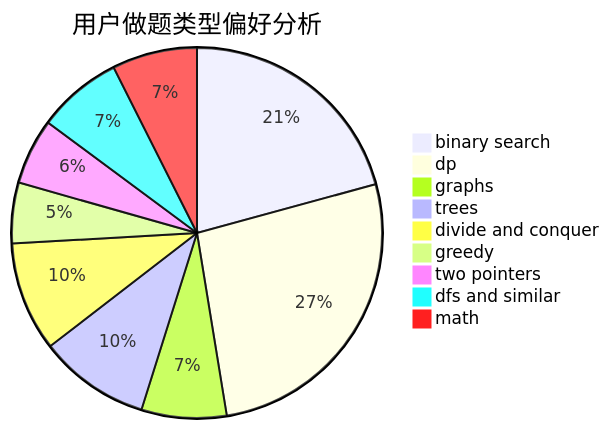
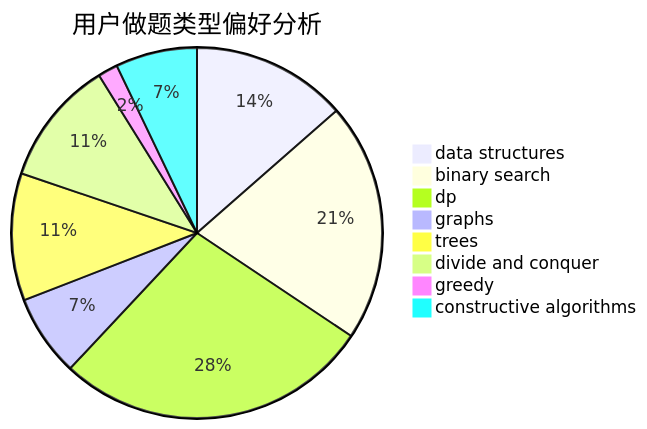
One commit to sherpahu/cfrs.github.io changed the second of 3 diagrams in docs/user/u478.md. Above: the diagram before and after it, drawn with Mermaid. The commit also changed other lines of this file and 2775 other files, not shown here.

````diff
--- a/docs/user/u478.md
+++ b/docs/user/u478.md
@@ -23,12 +23,11 @@
 ```mermaid
 pie title 用户做题类型偏好分析
-    "binary search" :  137
-    "dp" :  176
-    "graphs" :  49
+    "data structures" :  78
+    "binary search" :  120
+    "dp" :  159
+    "graphs" :  41
     "trees" :  64
     "divide and conquer" :  63
-    "greedy" :  35
-    "two pointers" :  38
-    "dfs and similar" :  49
-    "math" :  49
+    "greedy" :  10
+    "constructive algorithms" :  41
 ```
````
